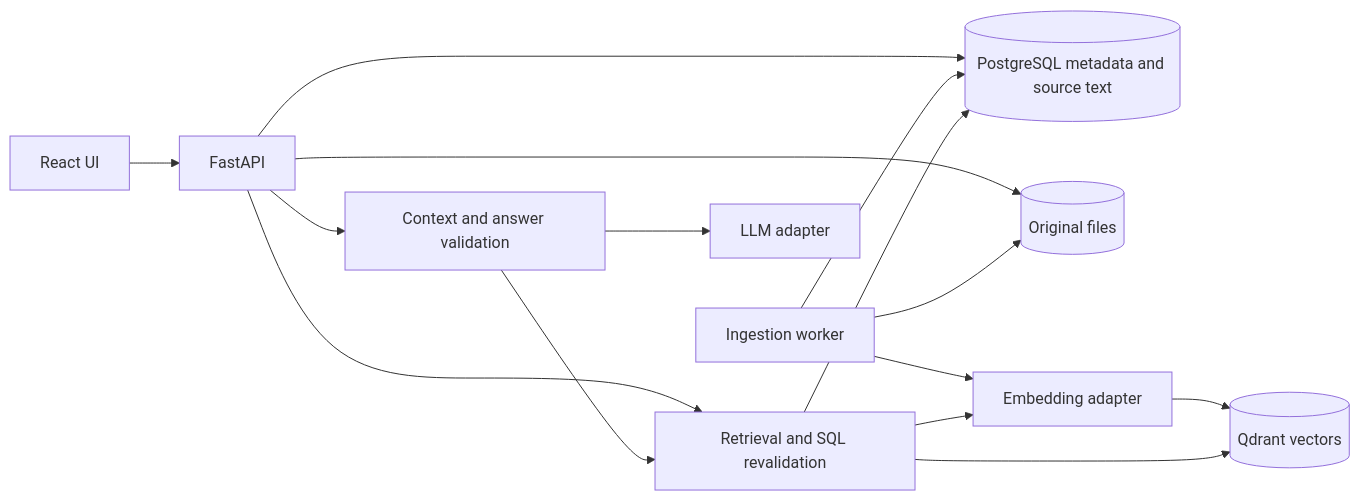
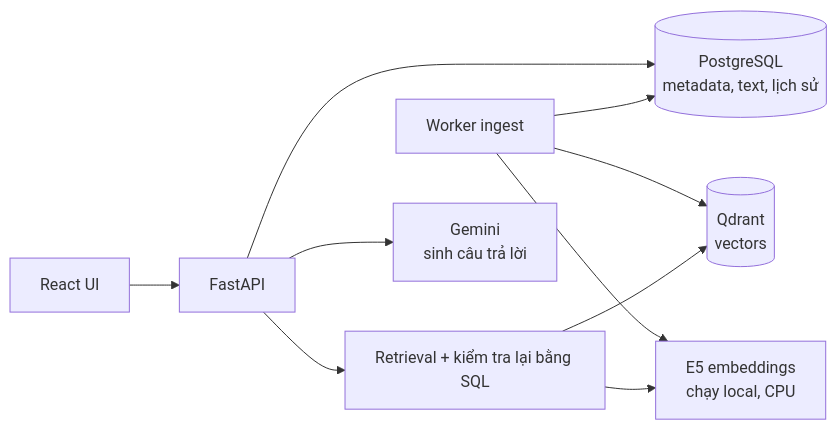
The diagram in README.md (automne2021/SME-Knowledge-Copilot), drawn with Mermaid before and after one commit. The commit also changed other lines of this file and 5 other files, not shown here.

````diff
--- a/README.md
+++ b/README.md
@@ -32,17 +19,12 @@
 ```mermaid
 flowchart LR
     UI[React UI] --> API[FastAPI]
-    API --> PG[(PostgreSQL metadata and source text)]
-    API --> FS[(Original files)]
-    W[Ingestion worker] --> PG
-    W --> FS
-    W --> EM[Embedding adapter]
-    EM --> QD[(Qdrant vectors)]
-    API --> R[Retrieval and SQL revalidation]
-    R --> EM
+    API --> PG[(PostgreSQL<br/>metadata, text, lịch sử)]
+    W[Worker ingest] --> PG
+    W --> QD[(Qdrant<br/>vectors)]
+    W --> E5[E5 embeddings<br/>chạy local, CPU]
+    API --> R[Retrieval + kiểm tra lại bằng SQL]
     R --> QD
-    R --> PG
-    API --> A[Context and answer validation]
-    A --> R
-    A --> LLM[LLM adapter]
+    R --> E5
+    API --> LLM[Gemini<br/>sinh câu trả lời]
 ```
````
